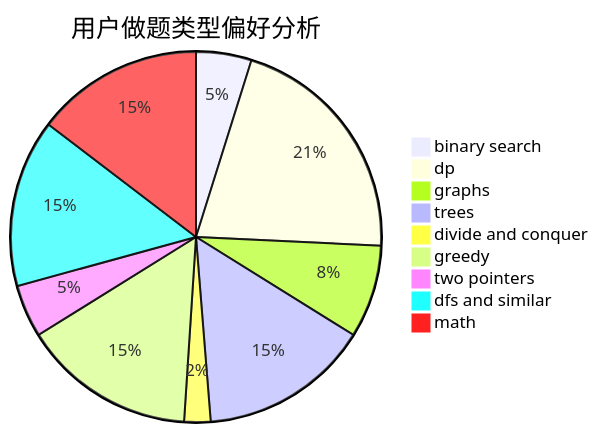
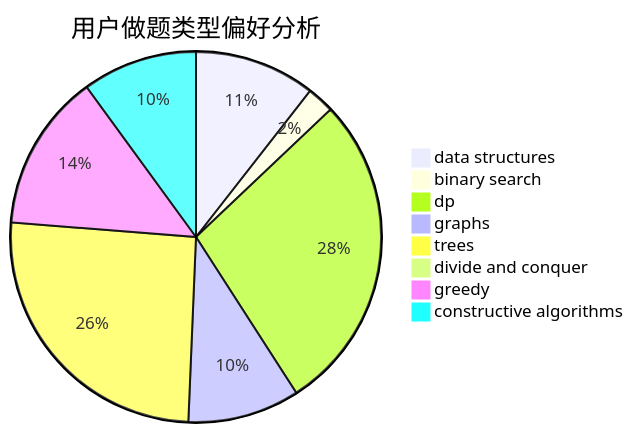
Before and after one commit to sherpahu/cfrs.github.io: the second of 3 diagrams in docs/user/u1639.md, drawn with Mermaid. The commit also changed other lines of this file and 2775 other files, not shown here.

````diff
--- a/docs/user/u1639.md
+++ b/docs/user/u1639.md
@@ -23,12 +23,11 @@
 ```mermaid
 pie title 用户做题类型偏好分析
-    "binary search" :  40
-    "dp" :  173
-    "graphs" :  67
-    "trees" :  123
-    "divide and conquer" :  19
-    "greedy" :  125
-    "two pointers" :  38
-    "dfs and similar" :  121
-    "math" :  121
+    "data structures" :  40
+    "binary search" :  9
+    "dp" :  106
+    "graphs" :  37
+    "trees" :  97
+    "divide and conquer" :  0
+    "greedy" :  52
+    "constructive algorithms" :  38
 ```
````
